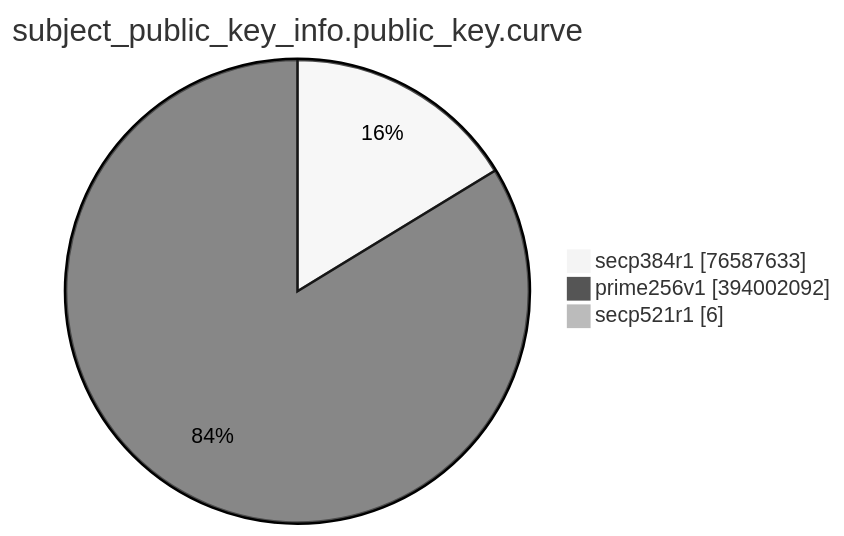
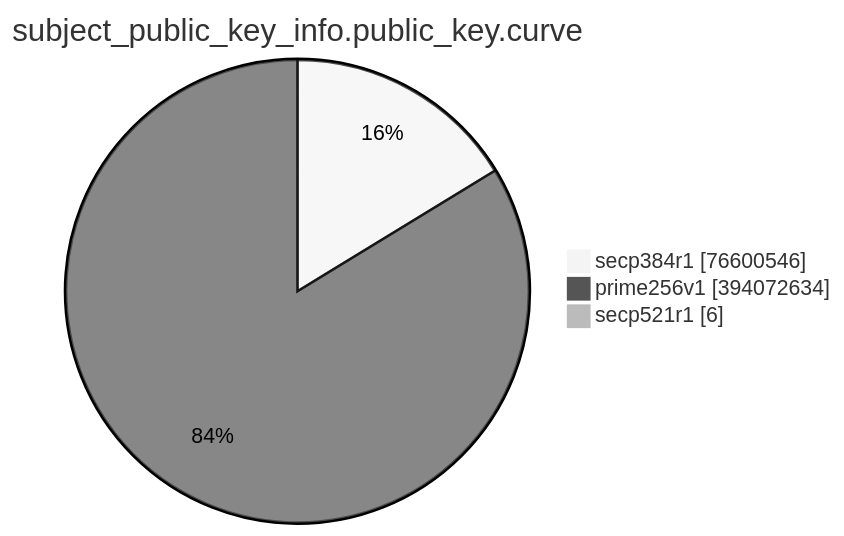
Before and after one commit to christiankrug/ctmonitor_visualization: the eighth of 15 diagrams in TOTAL/README.md, drawn with Mermaid (neutral theme). The commit also changed other lines of this file, not shown here.

````diff
--- a/TOTAL/README.md
+++ b/TOTAL/README.md
@@ -3094,7 +3094,7 @@
 ```mermaid
 pie showData
 title subject_public_key_info.public_key.curve
-"secp384r1" :76587633
-"prime256v1" :394002092
+"secp384r1" :76600546
+"prime256v1" :394072634
 "secp521r1" :6
 ```
````
